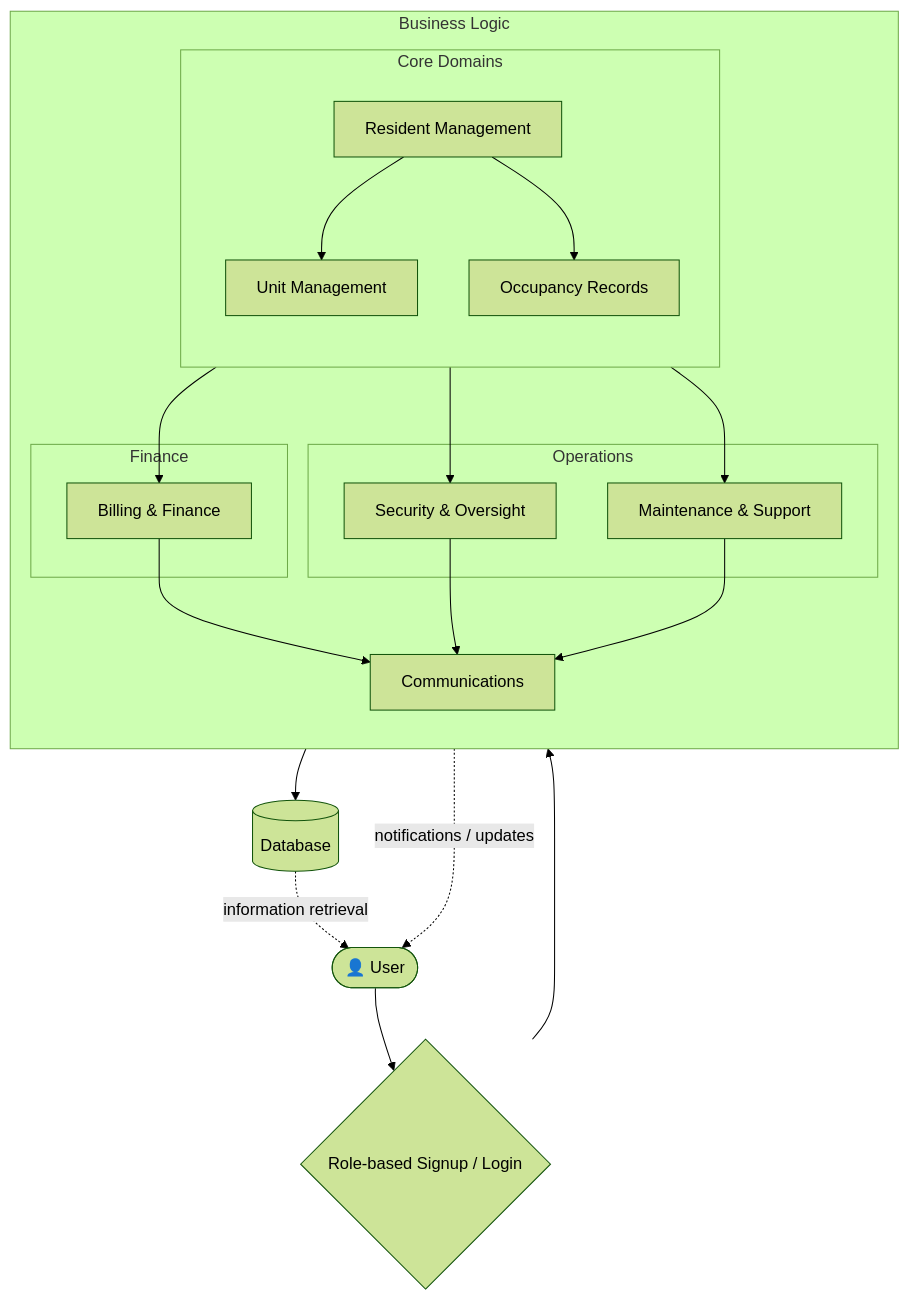
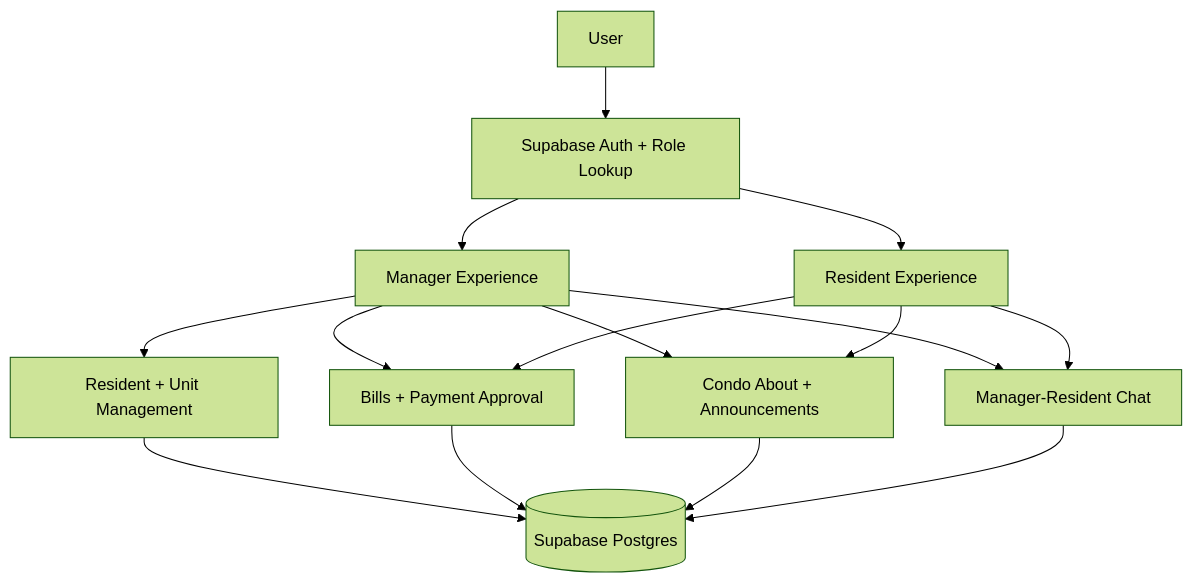
One commit to InnovaTxch/myCondo changed the diagram in README.md. Above: the diagram before and after it, drawn with Mermaid (forest theme). The commit also changed other lines of this file, not shown here.

````diff
--- a/README.md
+++ b/README.md
@@ -32,49 +163,27 @@
 ```mermaid
 flowchart TD
+  User["User"]
+  Auth["Supabase Auth + Role Lookup"]
+  Manager["Manager Experience"]
+  Resident["Resident Experience"]
+  Condo["Condo About + Announcements"]
+  Residents["Resident + Unit Management"]
+  Billing["Bills + Payment Approval"]
+  Chat["Manager-Resident Chat"]
+  DB[("Supabase Postgres")]
 
-USER(["👤 User"]) 
-    
-    AUTHGATE{Role-based Signup / Login}
-    
-    subgraph LOGIC["Business Logic"]
-        direction TB
-            COMMS["Communications"]
-        
-            subgraph FINANCE["Finance"]
-                BILLING["Billing & Finance"]
-            end
-
-            subgraph OPERATIONS["Operations"]
-                SUPPORT["Maintenance & Support"]
-                SECURITY["Security & Oversight"]
-            end
-
-            subgraph CORE["Core Domains"]
-                direction TB
-                RES_MANAGE["Resident Management"]
-                UNIT_MANAGE["Unit Management"]
-                RECORDS["Occupancy Records"]
-            end 
-    end
-    
-    DB[("Database")]
-
-
-    RES_MANAGE --> UNIT_MANAGE
-    RES_MANAGE --> RECORDS
-
-    RECORDS --> BILLING
-    UNIT_MANAGE --> SUPPORT
-    UNIT_MANAGE --> SECURITY
-    
-    BILLING --> COMMS
-    SECURITY --> COMMS
-    SUPPORT --> COMMS
-
-    USER --> AUTHGATE
-    AUTHGATE --> LOGIC
-    LOGIC --> DB
-
-    DB -.-> |information retrieval| USER
-    COMMS -.-> |notifications / updates| USER
+  User --> Auth
+  Auth --> Manager
+  Auth --> Resident
+  Manager --> Residents
+  Manager --> Billing
+  Manager --> Condo
+  Manager --> Chat
+  Resident --> Billing
+  Resident --> Condo
+  Resident --> Chat
+  Residents --> DB
+  Billing --> DB
+  Condo --> DB
+  Chat --> DB
 ```
````
